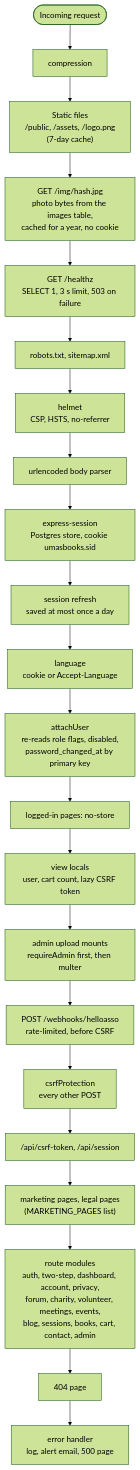
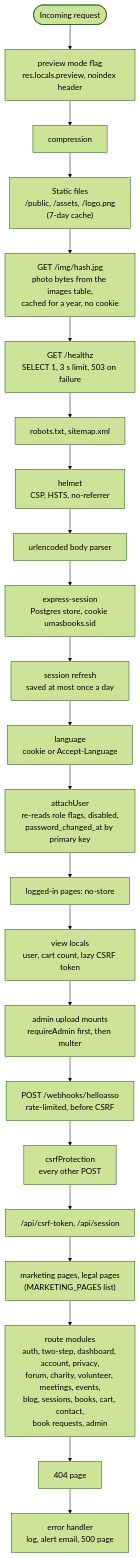
The third of 15 diagrams in docs/architecture.md (umasbooksadmin/umasbookswebsite), drawn with Mermaid (forest theme) before and after one commit. The commit also changed other lines of this file, not shown here.

Commit message:
Docs: refresh architecture overview for pricing, awards, reports, requests, French, preview mode, backups

````diff
--- a/docs/architecture.md
+++ b/docs/architecture.md
@@ -187,24 +216,25 @@
 ```mermaid
 flowchart TD
-  R([Incoming request]) --> C["compression"]
+  R([Incoming request]) --> PV["preview mode flag<br/>res.locals.preview, noindex header"]
+  PV --> C["compression"]
   C --> S1["Static files<br/>/public, /assets, /logo.png<br/>(7-day cache)"]
   S1 --> IM["GET /img/hash.jpg<br/>photo bytes from the images table,<br/>cached for a year, no cookie"]
   IM --> H["GET /healthz<br/>SELECT 1, 3 s limit, 503 on failure"]
   H --> SEO["robots.txt, sitemap.xml"]
   SEO --> HEL["helmet<br/>CSP, HSTS, no-referrer"]
   HEL --> U["urlencoded body parser"]
   U --> SES["express-session<br/>Postgres store, cookie umasbooks.sid"]
   SES --> REF["session refresh<br/>saved at most once a day"]
   REF --> LG["language<br/>cookie or Accept-Language"]
   LG --> AU["attachUser<br/>re-reads role flags, disabled,<br/>password_changed_at by primary key"]
   AU --> NS["logged-in pages: no-store"]
   NS --> LOC["view locals<br/>user, cart count, lazy CSRF token"]
   LOC --> UP["admin upload mounts<br/>requireAdmin first, then multer"]
   UP --> WH["POST /webhooks/helloasso<br/>rate-limited, before CSRF"]
   WH --> CS["csrfProtection<br/>every other POST"]
   CS --> API["/api/csrf-token, /api/session"]
   API --> MK["marketing pages, legal pages<br/>(MARKETING_PAGES list)"]
-  MK --> RM["route modules<br/>auth, two-step, dashboard, account, privacy,<br/>forum, charity, volunteer, meetings, events,<br/>blog, sessions, books, cart, contact, admin"]
+  MK --> RM["route modules<br/>auth, two-step, dashboard, account, privacy,<br/>forum, charity, volunteer, meetings, events,<br/>blog, sessions, books, cart, contact,<br/>book requests, admin"]
   RM --> NF["404 page"]
   NF --> ER["error handler<br/>log, alert email, 500 page"]
 ```
````
